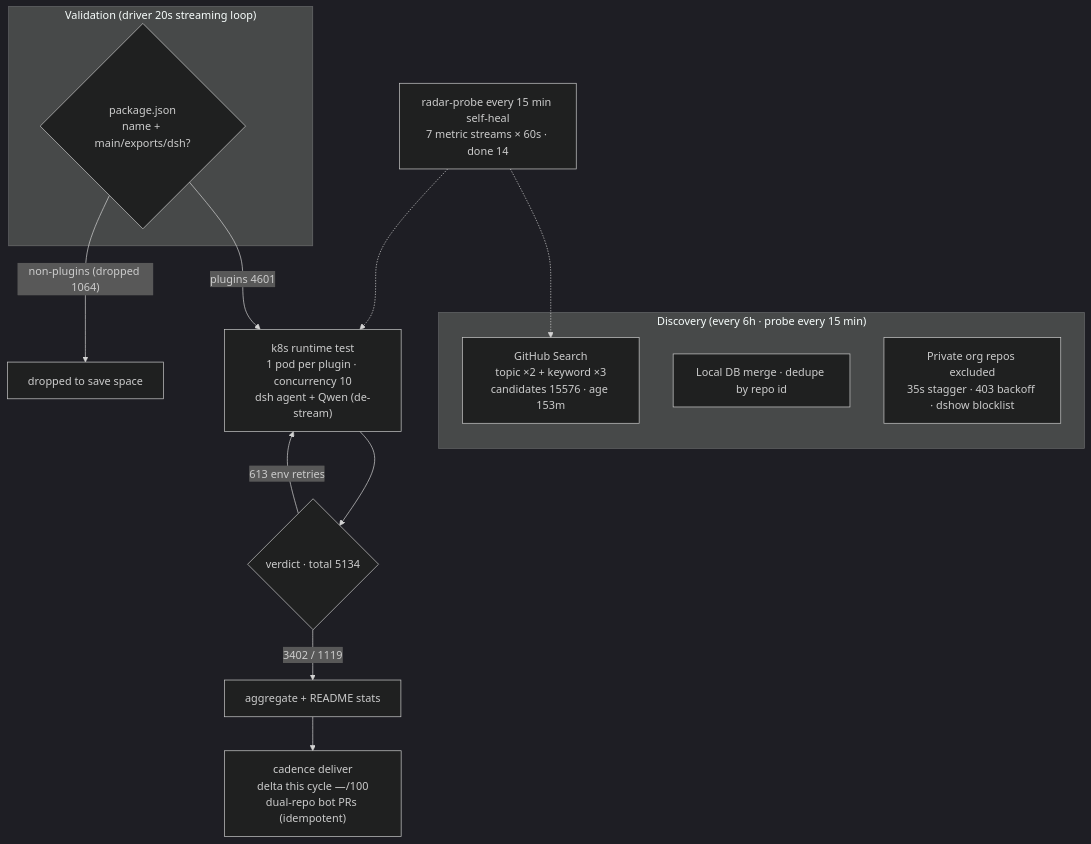
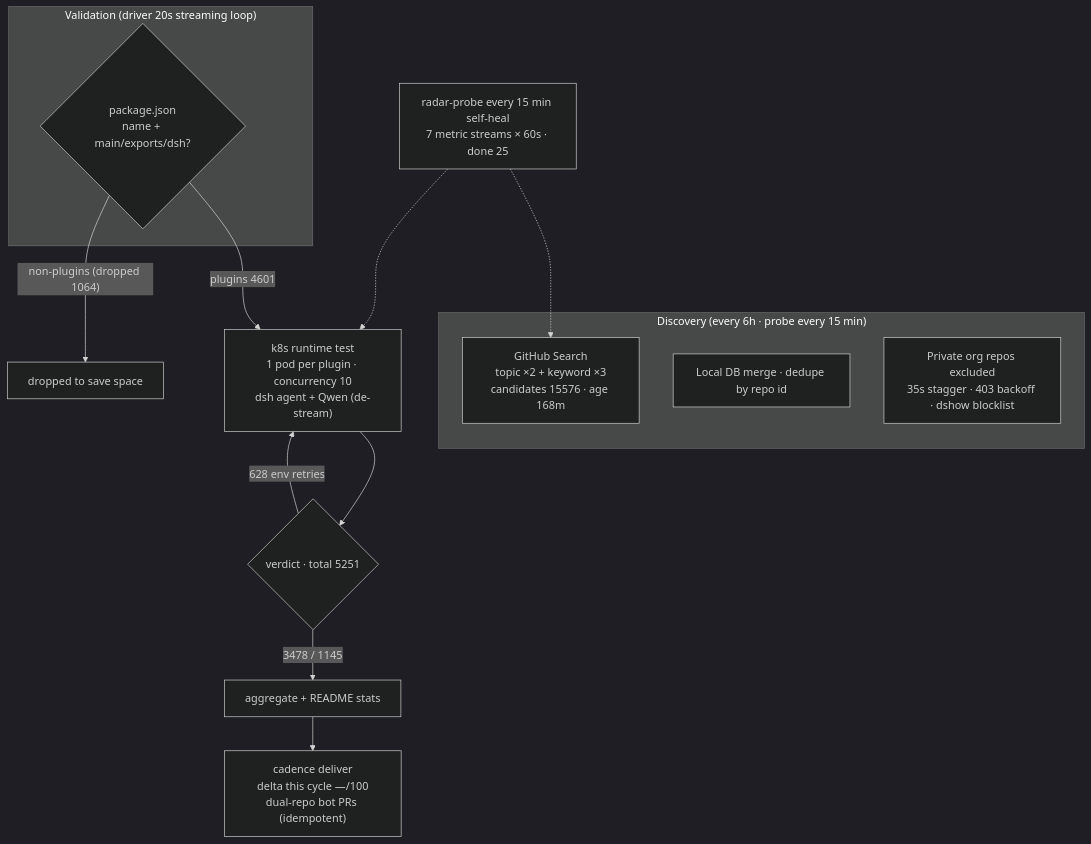
The diagram in README.en-US.md (AdamPlatin123/awesome-dsh-plugins), drawn with Mermaid (dark theme) before and after one commit. The commit also changed other lines of this file and 5 other files, not shown here.

````diff
--- a/README.en-US.md
+++ b/README.en-US.md
@@ -30,20 +30,20 @@
 ```mermaid
 flowchart TB
     subgraph Discovery["Discovery (every 6h · probe every 15 min)"]
-        A1["GitHub Search<br/>topic ×2 + keyword ×3<br/>candidates 15576 · age 153m"]
+        A1["GitHub Search<br/>topic ×2 + keyword ×3<br/>candidates 15576 · age 168m"]
         A2["Local DB merge · dedupe by repo id"]
         A3["Private org repos excluded<br/>35s stagger · 403 backoff · dshow blocklist"]
     end
     subgraph Validation["Validation (driver 20s streaming loop)"]
         B1{"package.json<br/>name + main/exports/dsh?"}
     end
     B1 -->|"plugins 4601"| C1["k8s runtime test<br/>1 pod per plugin · concurrency 10<br/>dsh agent + Qwen (de-stream)"]
     B1 -->|"non-plugins (dropped 1064)"| B3["dropped to save space"]
-    C1 --> D1{"verdict · total 5134"}
-    D1 -->|"3402 / 1119"| E1["aggregate + README stats"]
-    D1 -->|"613 env retries"| C1
+    C1 --> D1{"verdict · total 5251"}
+    D1 -->|"3478 / 1145"| E1["aggregate + README stats"]
+    D1 -->|"628 env retries"| C1
     E1 --> E2["cadence deliver<br/>delta this cycle —/100<br/>dual-repo bot PRs (idempotent)"]
-    M["radar-probe every 15 min self-heal<br/>7 metric streams × 60s · done 14"]
+    M["radar-probe every 15 min self-heal<br/>7 metric streams × 60s · done 25"]
     M -.-> A1
     M -.-> C1
 ```
````
